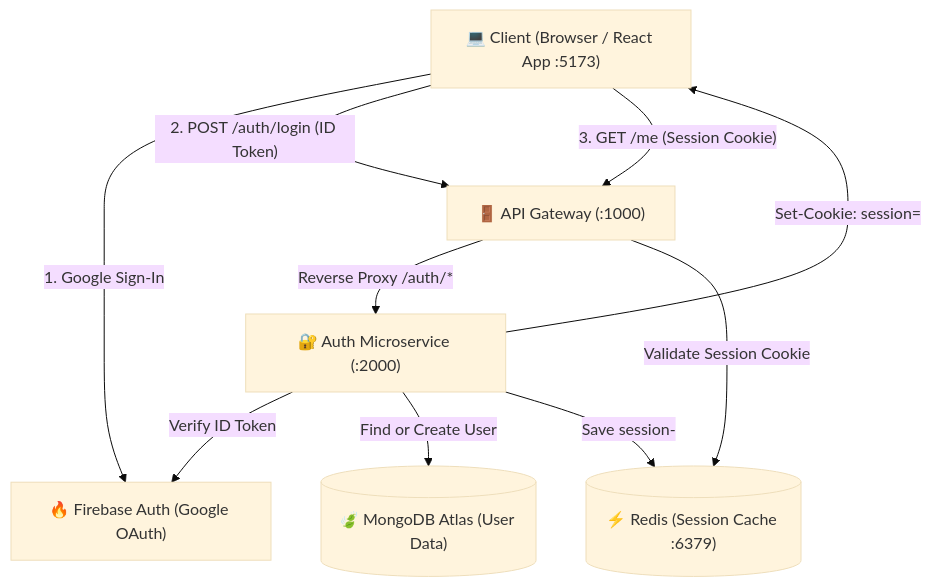
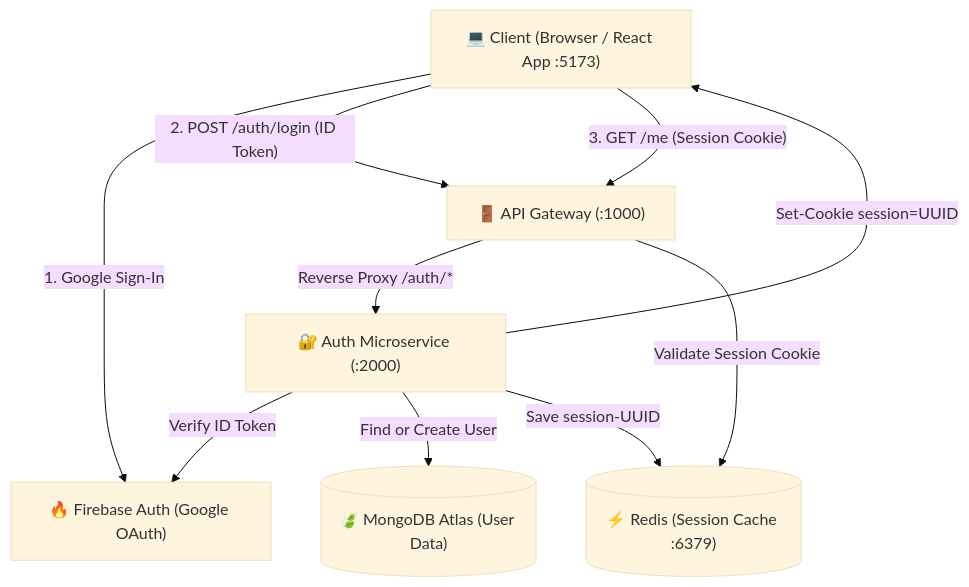
The first of 3 diagrams in README.md (itscoderprince/Multi-Agent-AI), drawn with Mermaid (base theme) before and after one commit. The commit also changed other lines of this file and 1 other file, not shown here.

Commit message:
docs: fix mermaid syntax in sequence diagrams

````diff
--- a/README.md
+++ b/README.md
@@ -25,24 +25,24 @@
 ```mermaid
 graph TD
     Client["💻 Client (Browser / React App :5173)"]
     Gateway["🚪 API Gateway (:1000)"]
     AuthService["🔐 Auth Microservice (:2000)"]
     Redis[("⚡ Redis (Session Cache :6379)")]
     MongoDB[("🍃 MongoDB Atlas (User Data)")]
     Firebase["🔥 Firebase Auth (Google OAuth)"]
 
     %% Client Interactions
     Client -- "1. Google Sign-In" --> Firebase
     Client -- "2. POST /auth/login (ID Token)" --> Gateway
     Client -- "3. GET /me (Session Cookie)" --> Gateway
 
     %% Gateway Proxy & Auth
     Gateway -- "Reverse Proxy /auth/*" --> AuthService
     Gateway -- "Validate Session Cookie" --> Redis
 
     %% Auth Service Actions
     AuthService -- "Verify ID Token" --> Firebase
     AuthService -- "Find or Create User" --> MongoDB
-    AuthService -- "Save session-<uuid>" --> Redis
-    AuthService -- "Set-Cookie: session=<uuid>" --> Client
+    AuthService -- "Save session-UUID" --> Redis
+    AuthService -- "Set-Cookie session=UUID" --> Client
 ```
````
